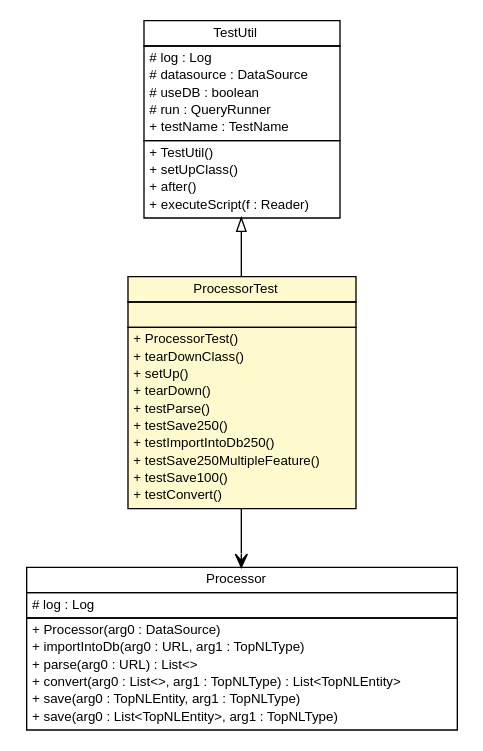
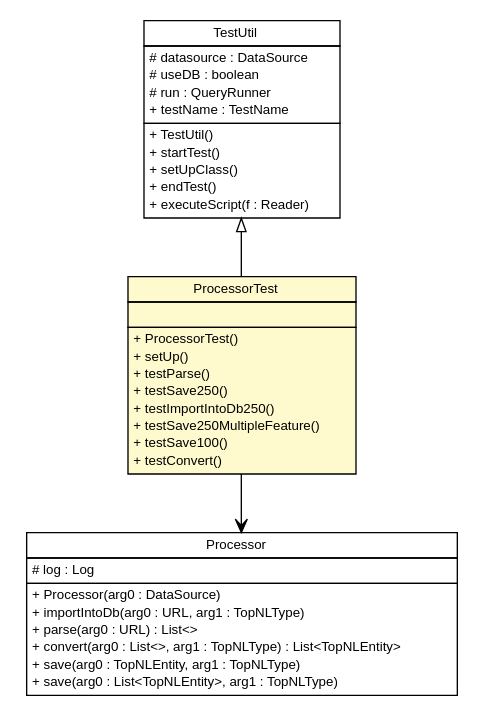
The diagram in topnlparser/testapidocs/nl/b3p/topnl/ProcessorTest.dot (B3Partners/brmo), drawn with Graphviz before and after one commit. The commit also changed 751 other files, not shown here.

```diff
--- a/topnlparser/testapidocs/nl/b3p/topnl/ProcessorTest.dot
+++ b/topnlparser/testapidocs/nl/b3p/topnl/ProcessorTest.dot
@@ -1,73 +1,71 @@
 #!/usr/local/bin/dot
 #
 # Class diagram 
 # Generated by UMLGraph version R5_6-24-gf6e263 (http://www.umlgraph.org/)
 #
 
 digraph G {
 	edge [fontname="Helvetica",fontsize=10,labelfontname="Helvetica",labelfontsize=10];
 	node [fontname="Helvetica",fontsize=10,shape=plaintext];
 	nodesep=0.25;
 	ranksep=0.5;
 	// nl.b3p.topnl.ProcessorTest
 	c82 [label=<<table title="nl.b3p.topnl.ProcessorTest" border="0" cellborder="1" cellspacing="0" cellpadding="2" port="p" bgcolor="lemonChiffon" href="./ProcessorTest.html">
 		<tr><td><table border="0" cellspacing="0" cellpadding="1">
 <tr><td align="center" balign="center"> ProcessorTest </td></tr>
 		</table></td></tr>
 		<tr><td><table border="0" cellspacing="0" cellpadding="1">
 <tr><td align="left" balign="left">  </td></tr>
 		</table></td></tr>
 		<tr><td><table border="0" cellspacing="0" cellpadding="1">
 <tr><td align="left" balign="left"> + ProcessorTest() </td></tr>
-<tr><td align="left" balign="left"> + tearDownClass() </td></tr>
 <tr><td align="left" balign="left"> + setUp() </td></tr>
-<tr><td align="left" balign="left"> + tearDown() </td></tr>
 <tr><td align="left" balign="left"> + testParse() </td></tr>
 <tr><td align="left" balign="left"> + testSave250() </td></tr>
 <tr><td align="left" balign="left"> + testImportIntoDb250() </td></tr>
 <tr><td align="left" balign="left"> + testSave250MultipleFeature() </td></tr>
 <tr><td align="left" balign="left"> + testSave100() </td></tr>
 <tr><td align="left" balign="left"> + testConvert() </td></tr>
 		</table></td></tr>
 		</table>>, URL="./ProcessorTest.html", fontname="Helvetica", fontcolor="black", fontsize=10.0];
 	// nl.b3p.topnl.TestUtil
 	c83 [label=<<table title="nl.b3p.topnl.TestUtil" border="0" cellborder="1" cellspacing="0" cellpadding="2" port="p" href="./TestUtil.html">
 		<tr><td><table border="0" cellspacing="0" cellpadding="1">
 <tr><td align="center" balign="center"> TestUtil </td></tr>
 		</table></td></tr>
 		<tr><td><table border="0" cellspacing="0" cellpadding="1">
-<tr><td align="left" balign="left"> # log : Log </td></tr>
 <tr><td align="left" balign="left"> # datasource : DataSource </td></tr>
 <tr><td align="left" balign="left"> # useDB : boolean </td></tr>
 <tr><td align="left" balign="left"> # run : QueryRunner </td></tr>
 <tr><td align="left" balign="left"> + testName : TestName </td></tr>
 		</table></td></tr>
 		<tr><td><table border="0" cellspacing="0" cellpadding="1">
 <tr><td align="left" balign="left"> + TestUtil() </td></tr>
+<tr><td align="left" balign="left"> + startTest() </td></tr>
 <tr><td align="left" balign="left"> + setUpClass() </td></tr>
-<tr><td align="left" balign="left"> + after() </td></tr>
+<tr><td align="left" balign="left"> + endTest() </td></tr>
 <tr><td align="left" balign="left"> + executeScript(f : Reader) </td></tr>
 		</table></td></tr>
 		</table>>, URL="./TestUtil.html", fontname="Helvetica", fontcolor="black", fontsize=10.0];
 	//nl.b3p.topnl.ProcessorTest extends nl.b3p.topnl.TestUtil
 	c83:p -> c82:p [dir=back,arrowtail=empty];
 	// nl.b3p.topnl.ProcessorTest NAVASSOC nl.b3p.topnl.Processor
 	c82:p -> c92:p [taillabel="", label="", headlabel="", fontname="Helvetica", fontcolor="black", fontsize=10.0, color="black", arrowhead=open];
 	// nl.b3p.topnl.Processor
 	c92 [label=<<table title="nl.b3p.topnl.Processor" border="0" cellborder="1" cellspacing="0" cellpadding="2" port="p">
 		<tr><td><table border="0" cellspacing="0" cellpadding="1">
 <tr><td align="center" balign="center"> Processor </td></tr>
 		</table></td></tr>
 		<tr><td><table border="0" cellspacing="0" cellpadding="1">
 <tr><td align="left" balign="left"> # log : Log </td></tr>
 		</table></td></tr>
 		<tr><td><table border="0" cellspacing="0" cellpadding="1">
 <tr><td align="left" balign="left"> + Processor(arg0 : DataSource) </td></tr>
 <tr><td align="left" balign="left"> + importIntoDb(arg0 : URL, arg1 : TopNLType) </td></tr>
 <tr><td align="left" balign="left"> + parse(arg0 : URL) : List&lt;&gt; </td></tr>
 <tr><td align="left" balign="left"> + convert(arg0 : List&lt;&gt;, arg1 : TopNLType) : List&lt;TopNLEntity&gt; </td></tr>
 <tr><td align="left" balign="left"> + save(arg0 : TopNLEntity, arg1 : TopNLType) </td></tr>
 <tr><td align="left" balign="left"> + save(arg0 : List&lt;TopNLEntity&gt;, arg1 : TopNLType) </td></tr>
 		</table></td></tr>
 		</table>>, URL="null", fontname="Helvetica", fontcolor="black", fontsize=10.0];
 }
```
